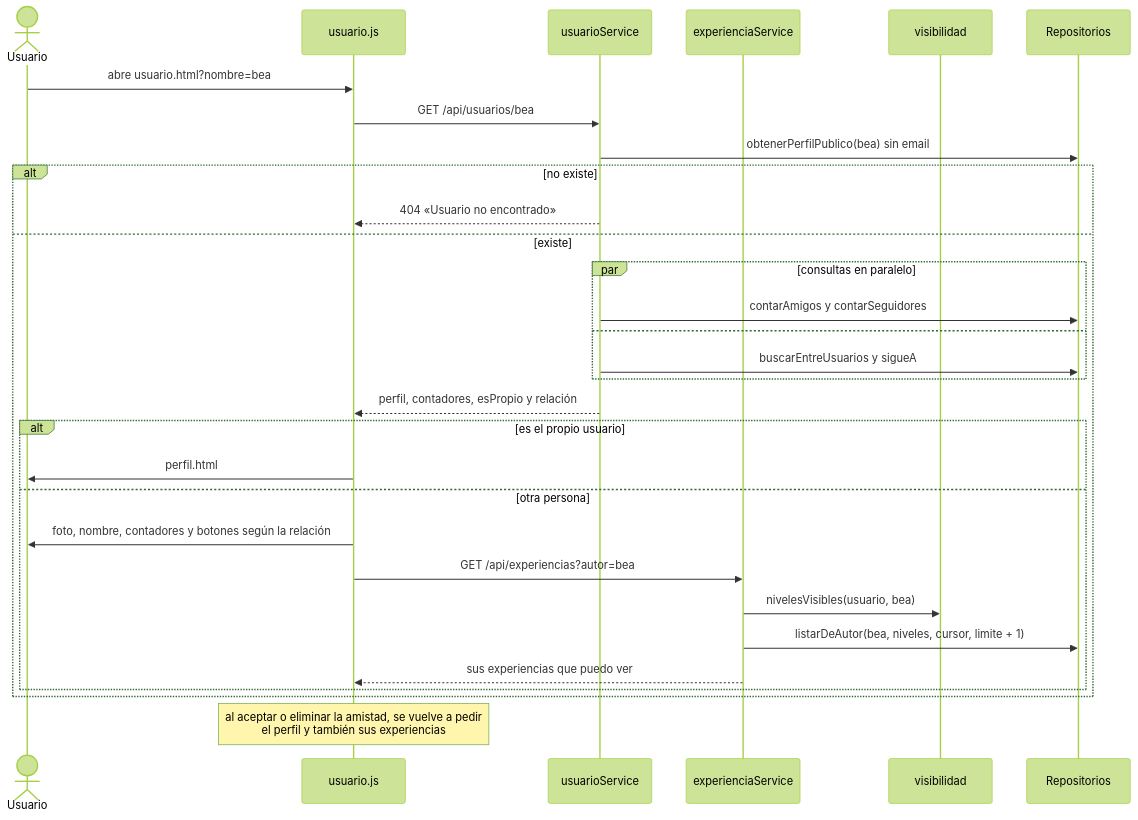
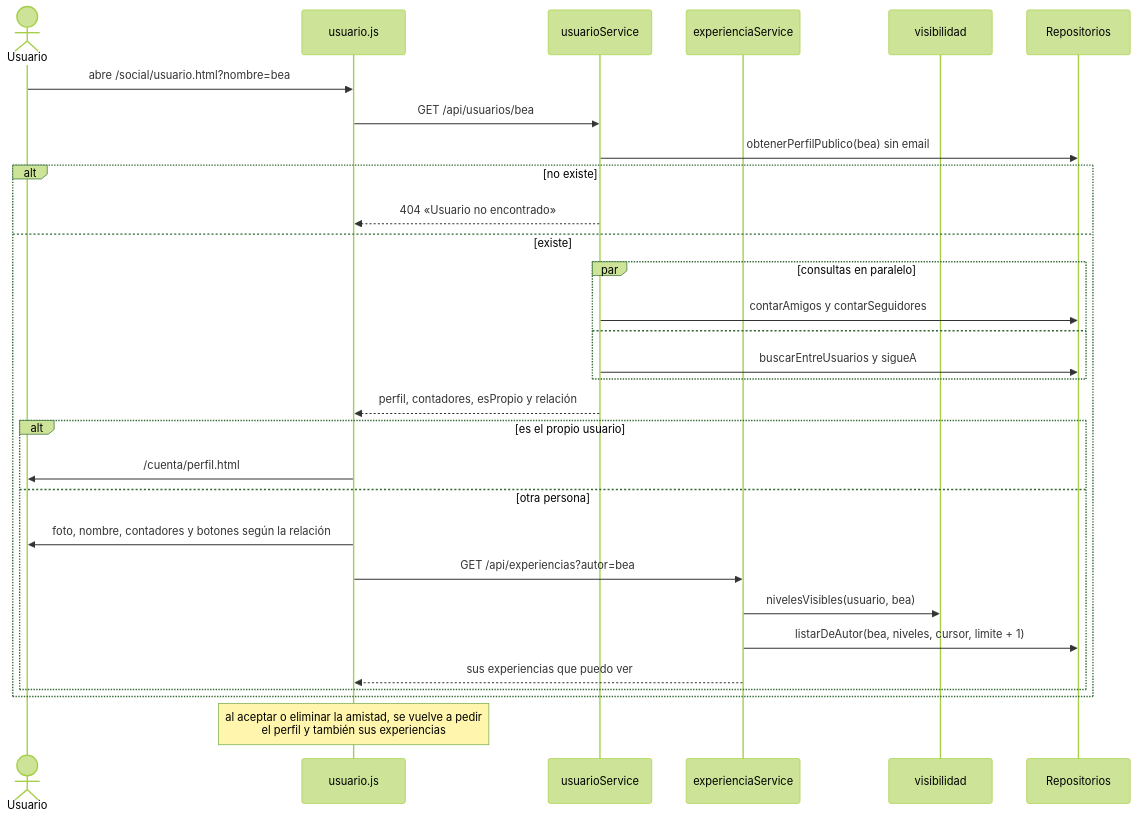
The tenth of 16 diagrams in documentacion/flujos.md (Matthew-PV/ISW-Practica), drawn with Mermaid (forest theme) before and after one commit. The commit also changed other lines of this file and 58 other files, not shown here.

First line of the commit message:
Frontend: páginas HTML en carpetas por grupo (acceso, social, cuenta, experiencias)

````diff
--- a/documentacion/flujos.md
+++ b/documentacion/flujos.md
@@ -404,32 +404,32 @@
 ```mermaid
 sequenceDiagram
   actor U as Usuario
   participant P as usuario.js
   participant US as usuarioService
   participant ES as experienciaService
   participant V as visibilidad
   participant DB as Repositorios
-  U->>P: abre usuario.html?nombre=bea
+  U->>P: abre /social/usuario.html?nombre=bea
   P->>US: GET /api/usuarios/bea
   US->>DB: obtenerPerfilPublico(bea) sin email
   alt no existe
     US-->>P: 404 «Usuario no encontrado»
   else existe
     par consultas en paralelo
       US->>DB: contarAmigos y contarSeguidores
     and
       US->>DB: buscarEntreUsuarios y sigueA
     end
     US-->>P: perfil, contadores, esPropio y relación
     alt es el propio usuario
-      P->>U: perfil.html
+      P->>U: /cuenta/perfil.html
     else otra persona
       P->>U: foto, nombre, contadores y botones según la relación
       P->>ES: GET /api/experiencias?autor=bea
       ES->>V: nivelesVisibles(usuario, bea)
       ES->>DB: listarDeAutor(bea, niveles, cursor, limite + 1)
       ES-->>P: sus experiencias que puedo ver
     end
   end
   Note over P: al aceptar o eliminar la amistad, se vuelve a pedir<br/>el perfil y también sus experiencias
 ```
````
